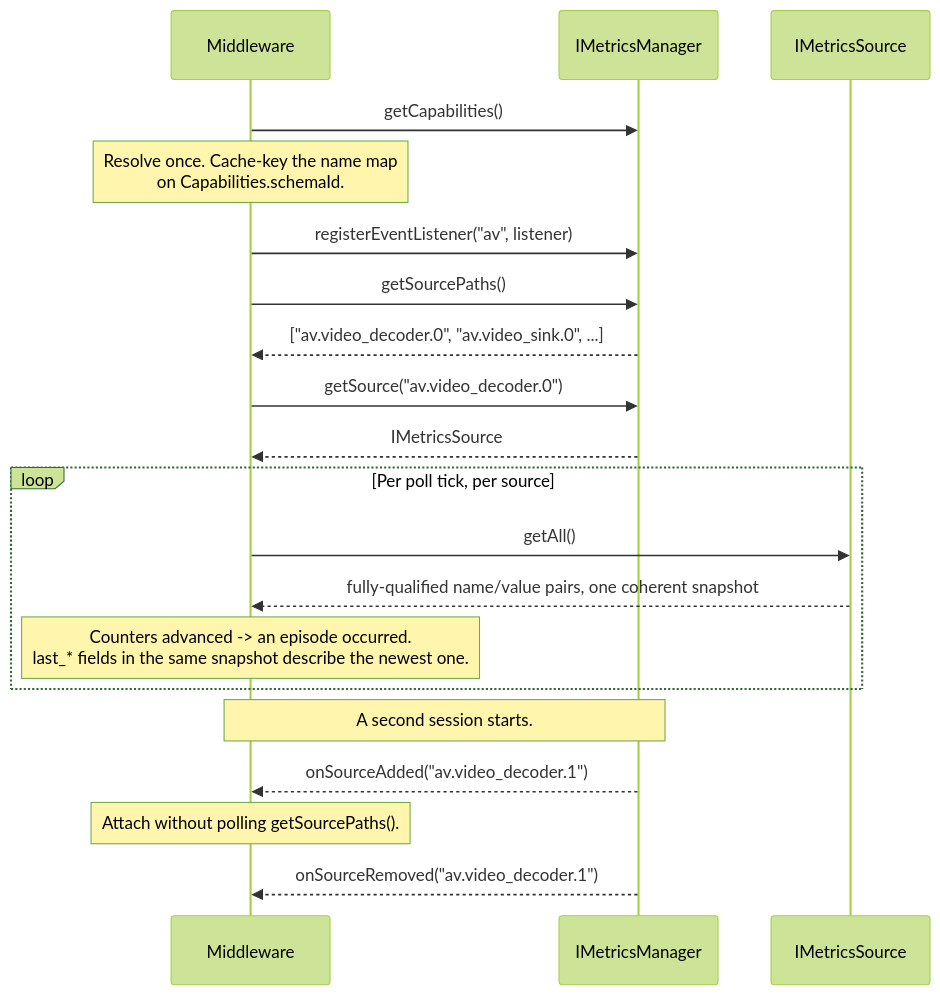
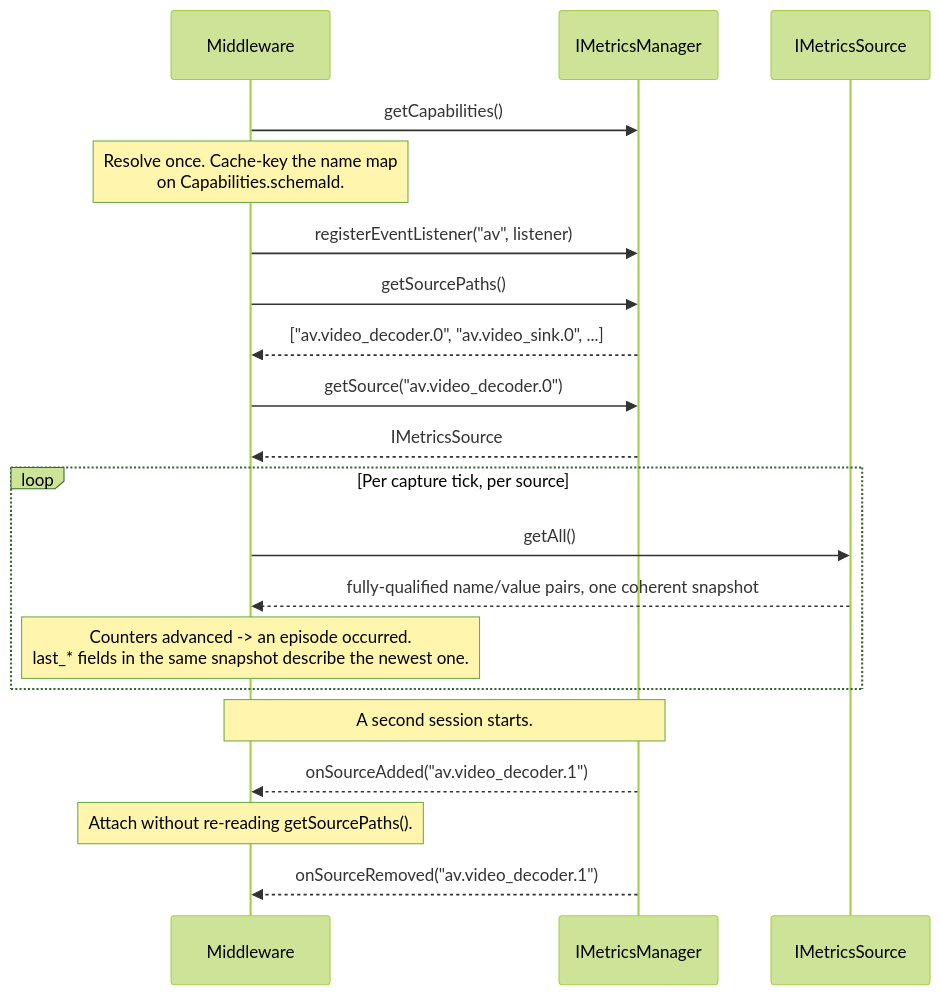
One commit to rdkcentral/rdk-halif-aidl changed the second of 2 diagrams in metrics/current/docs/metrics.md. Above: the diagram before and after it, drawn with Mermaid (forest theme). The commit also changed other lines of this file and 9 other files, not shown here.

First line of the commit message:
refactor(metrics): a read is a capture, not a poll (#754)

````diff
--- a/metrics/current/docs/metrics.md
+++ b/metrics/current/docs/metrics.md
@@ -384,25 +384,25 @@
 ```mermaid
 sequenceDiagram
     participant Client as Middleware
     participant MGR as IMetricsManager
     participant SRC as IMetricsSource
 
     Client->>MGR: getCapabilities()
     note over Client: Resolve once. Cache-key the name map<br>on Capabilities.schemaId.
     Client->>MGR: registerEventListener("av", listener)
     Client->>MGR: getSourcePaths()
     MGR-->>Client: ["av.video_decoder.0", "av.video_sink.0", ...]
     Client->>MGR: getSource("av.video_decoder.0")
     MGR-->>Client: IMetricsSource
 
-    loop Per poll tick, per source
+    loop Per capture tick, per source
         Client->>SRC: getAll()
         SRC-->>Client: fully-qualified name/value pairs, one coherent snapshot
         note over Client: Counters advanced -> an episode occurred.<br/>last_* fields in the same snapshot describe the newest one.
     end
 
     note over MGR,Client: A second session starts.
     MGR-->>Client: onSourceAdded("av.video_decoder.1")
-    note over Client: Attach without polling getSourcePaths().
+    note over Client: Attach without re-reading getSourcePaths().
     MGR-->>Client: onSourceRemoved("av.video_decoder.1")
 ```
````
